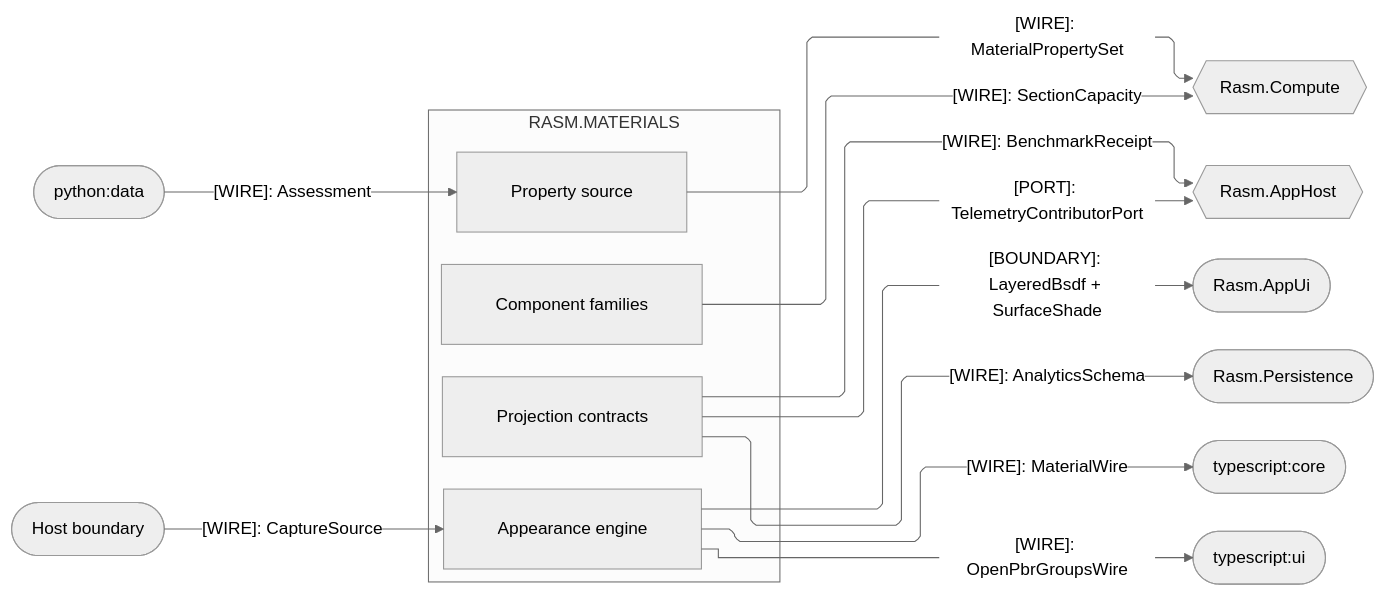
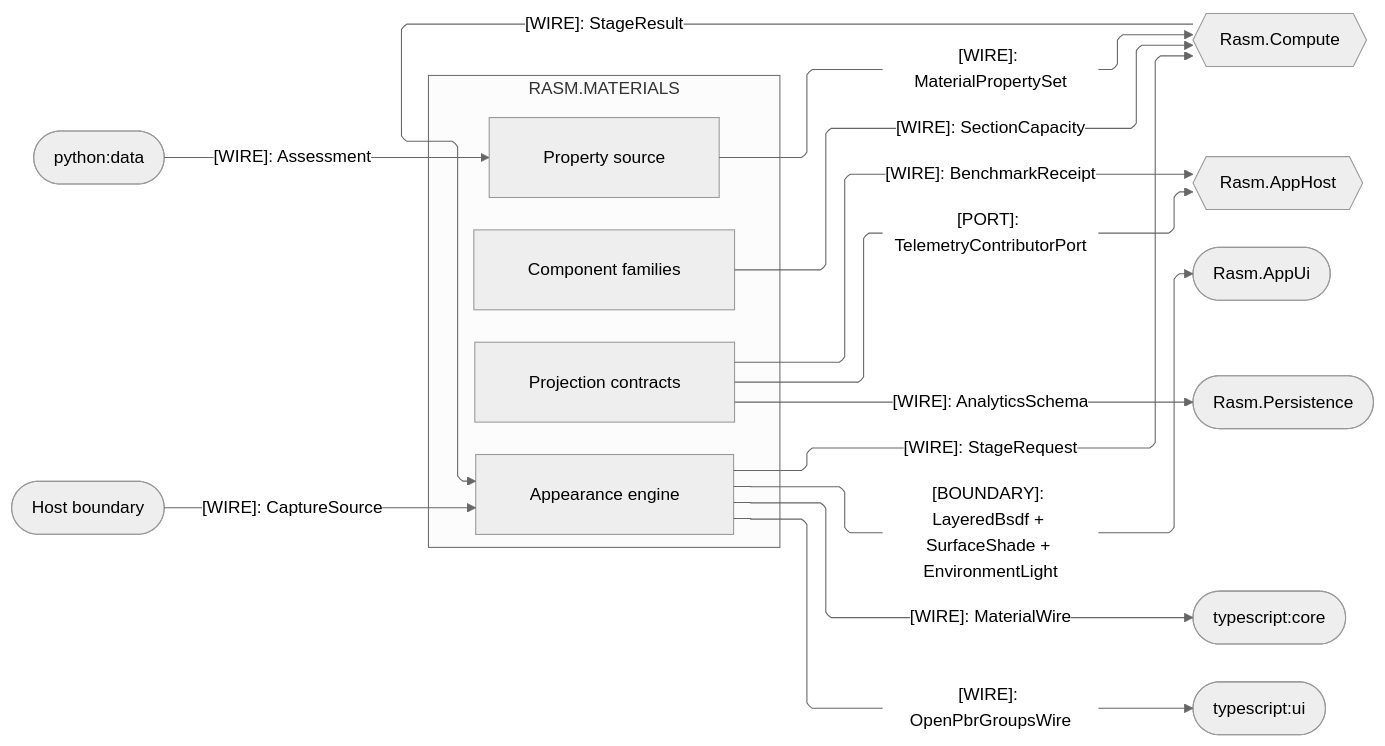
The third of 3 diagrams in libs/csharp/Rasm.Materials/ARCHITECTURE.md (bsamiee/Rasm), drawn with Mermaid (neutral theme) before and after one commit. The commit also changed other lines of this file and 65 other files, not shown here.

````diff
--- a/libs/csharp/Rasm.Materials/ARCHITECTURE.md
+++ b/libs/csharp/Rasm.Materials/ARCHITECTURE.md
@@ -119,36 +143,38 @@
 ```mermaid
 ---
 config:
   layout: elk
   flowchart:
     curve: linear
     padding: 25
 ---
 flowchart LR
     accTitle: Materials platform, compute, and cross-runtime seams
     accDescr: Materials sub-domain owners exchanging capacity, property, appearance, capture, telemetry, benchmark, and analytics wires with compute, the app host spine, the persistence store plane, the render host, the Python data peer, and the TypeScript core and viewer peers, one edge per contract family labeled by kind.
     subgraph materials[RASM.MATERIALS]
         Component[Component families]
         Properties[Property source]
         Appearance[Appearance engine]
         Projection[Projection contracts]
     end
     Compute{{Rasm.Compute}}
     AppHost{{Rasm.AppHost}}
     AppUi([Rasm.AppUi])
     Persistence([Rasm.Persistence])
     DataPeer([python:data])
     Core([typescript:core])
     Ui([typescript:ui])
     Host([Host boundary])
     Component e1@-->|"[WIRE]: SectionCapacity"| Compute
     Properties e2@-->|"[WIRE]: MaterialPropertySet"| Compute
     DataPeer e3@-->|"[WIRE]: Assessment"| Properties
-    Appearance e4@-->|"[BOUNDARY]: LayeredBsdf + SurfaceShade"| AppUi
+    Appearance e11@-->|"[WIRE]: StageRequest"| Compute
+    Compute e12@-->|"[WIRE]: StageResult"| Appearance
+    Appearance e4@-->|"[BOUNDARY]: LayeredBsdf + SurfaceShade + EnvironmentLight"| AppUi
     Appearance e5@-->|"[WIRE]: MaterialWire"| Core
     Appearance e6@-->|"[WIRE]: OpenPbrGroupsWire"| Ui
     Host e7@-->|"[WIRE]: CaptureSource"| Appearance
     Projection e8@-->|"[PORT]: TelemetryContributorPort"| AppHost
     Projection e9@-->|"[WIRE]: BenchmarkReceipt"| AppHost
     Projection e10@-->|"[WIRE]: AnalyticsSchema"| Persistence
 ```
````
